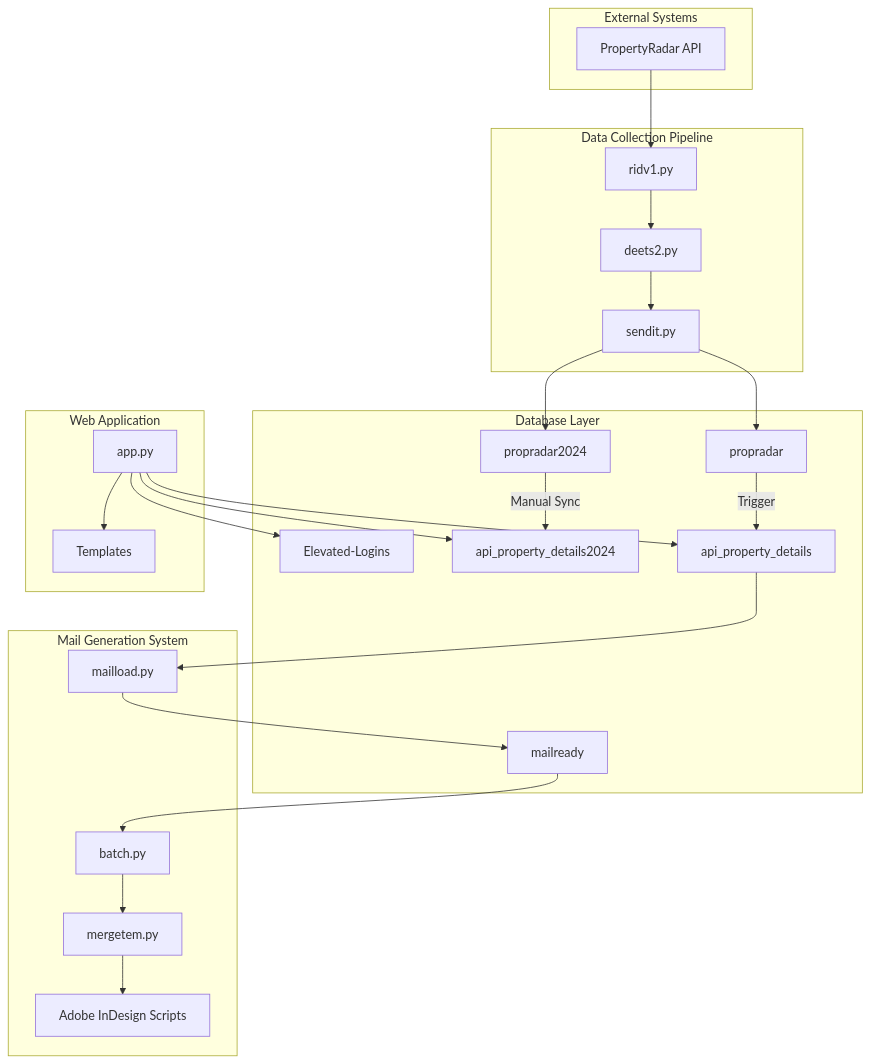
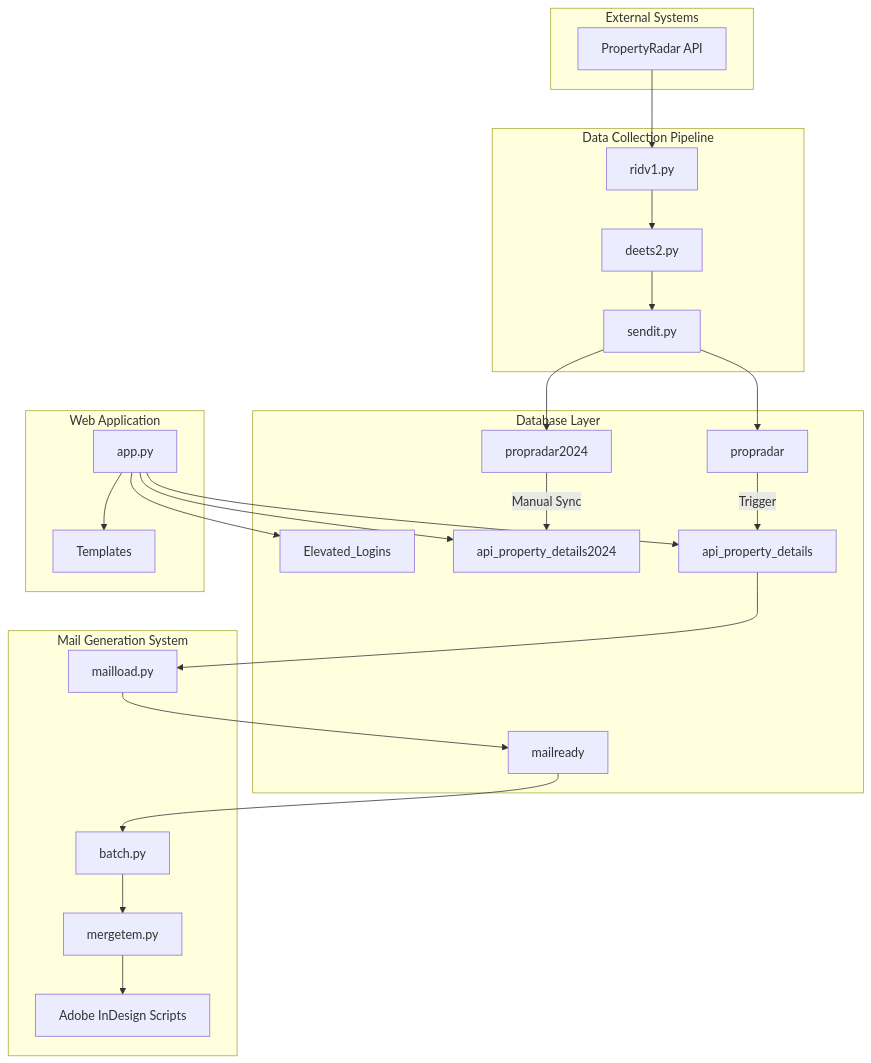
The first of 10 diagrams in OriginalSystemDocs.md (sboggsEHL/Mail_Machine), drawn with Mermaid before and after one commit. The commit also changed other lines of this file and 1 other file, not shown here.

````diff
--- a/OriginalSystemDocs.md
+++ b/OriginalSystemDocs.md
@@ -34,48 +34,48 @@
 ```mermaid
 graph TD
     subgraph "External Systems"
         A1[PropertyRadar API]
     end
 
     subgraph "Data Collection Pipeline"
         B1[ridv1.py] --> B2[deets2.py]
         B2 --> B3[sendit.py]
     end
 
     subgraph "Database Layer"
         C1[propradar]
         C2[propradar2024]
         C3[api_property_details]
         C4[api_property_details2024]
-        C5[Elevated-Logins]
+        C5[Elevated_Logins]
         C6[mailready]
     end
 
     subgraph "Web Application"
         D1[app.py]
         D2[Templates]
     end
     
     subgraph "Mail Generation System"
         E1[mailload.py]
         E2[batch.py]
         E3[mergetem.py]
         E4[Adobe InDesign Scripts]
     end
 
     A1 --> B1
     B3 --> C1
     B3 --> C2
     C1 -->|Trigger| C3
     C2 -->|Manual Sync| C4
     D1 --> C3
     D1 --> C4
     D1 --> C5
     D1 --> D2
     
     C3 --> E1
     E1 --> C6
     C6 --> E2
     E2 --> E3
     E3 --> E4
 ```
````
